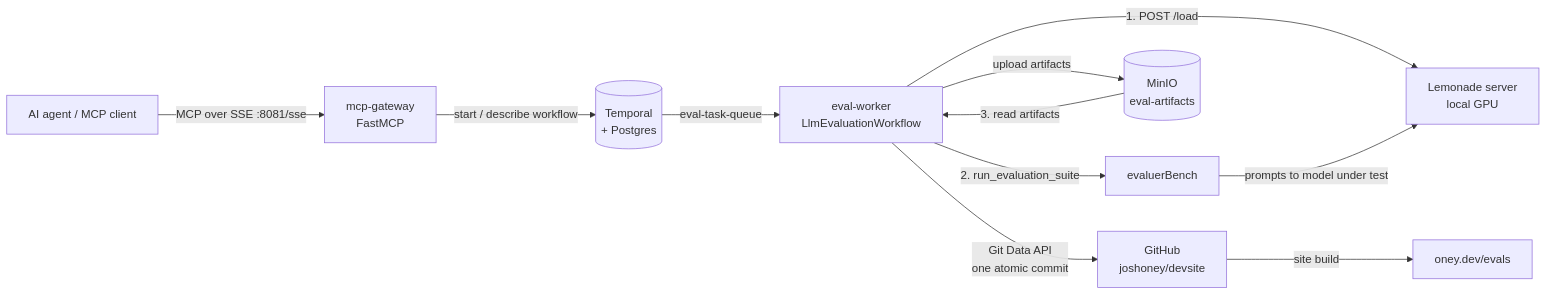
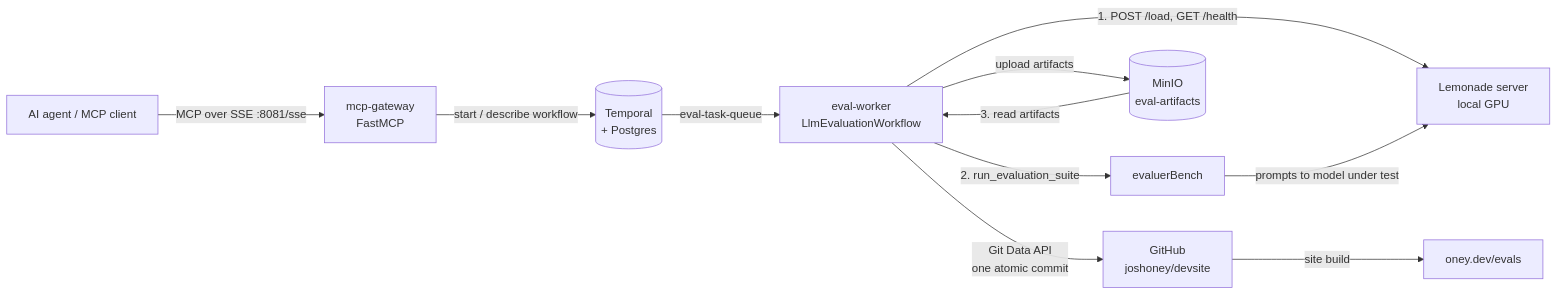
The diagram in README.md (joshoney/Crucible), drawn with Mermaid before and after one commit. The commit also changed other lines of this file and 17 other files, not shown here.

````diff
--- a/README.md
+++ b/README.md
@@ -16,13 +16,13 @@
 ```mermaid
 flowchart LR
     agent[AI agent / MCP client] -->|MCP over SSE :8081/sse| gw[mcp-gateway<br/>FastMCP]
     gw -->|start / describe workflow| temporal[(Temporal<br/>+ Postgres)]
     temporal -->|eval-task-queue| worker[eval-worker<br/>LlmEvaluationWorkflow]
-    worker -->|1. POST /load| lemonade[Lemonade server<br/>local GPU]
+    worker -->|1. POST /load, GET /health| lemonade[Lemonade server<br/>local GPU]
     worker -->|2. run_evaluation_suite| bench[evaluerBench]
     bench -->|prompts to model under test| lemonade
     worker -->|upload artifacts| minio[(MinIO<br/>eval-artifacts)]
     minio -->|3. read artifacts| worker
     worker -->|Git Data API<br/>one atomic commit| gh[GitHub<br/>joshoney/devsite]
     gh -->|site build| site[oney.dev/evals]
 ```
````
